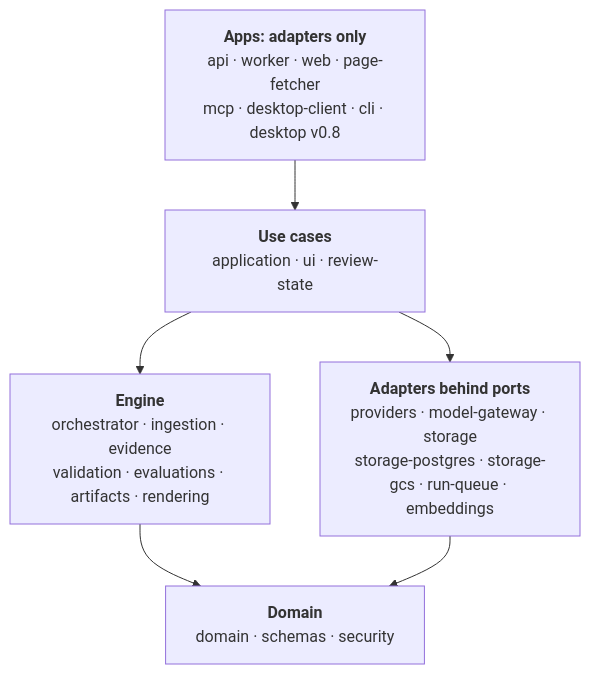
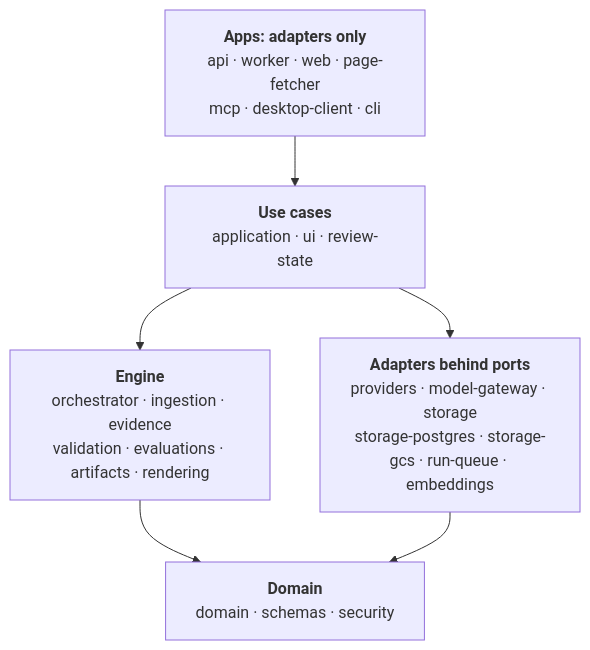
Before and after one commit to akoita/draft-loop: the fourth of 5 diagrams in docs/architecture/overview.md, drawn with Mermaid. The commit also changed other lines of this file and 15 other files, not shown here.

````diff
--- a/docs/architecture/overview.md
+++ b/docs/architecture/overview.md
@@ -179,13 +179,13 @@
 ```mermaid
 flowchart TB
-  apps["<b>Apps: adapters only</b><br/>api · worker · web · page-fetcher<br/>mcp · desktop-client · cli · desktop v0.8"]
+  apps["<b>Apps: adapters only</b><br/>api · worker · web · page-fetcher<br/>mcp · desktop-client · cli"]
   usecases["<b>Use cases</b><br/>application · ui · review-state"]
   engine["<b>Engine</b><br/>orchestrator · ingestion · evidence<br/>validation · evaluations · artifacts · rendering"]
   adapters["<b>Adapters behind ports</b><br/>providers · model-gateway · storage<br/>storage-postgres · storage-gcs · run-queue · embeddings"]
   core["<b>Domain</b><br/>domain · schemas · security"]
   apps --> usecases
   usecases --> engine
   usecases --> adapters
   engine --> core
   adapters --> core
 ```
````
